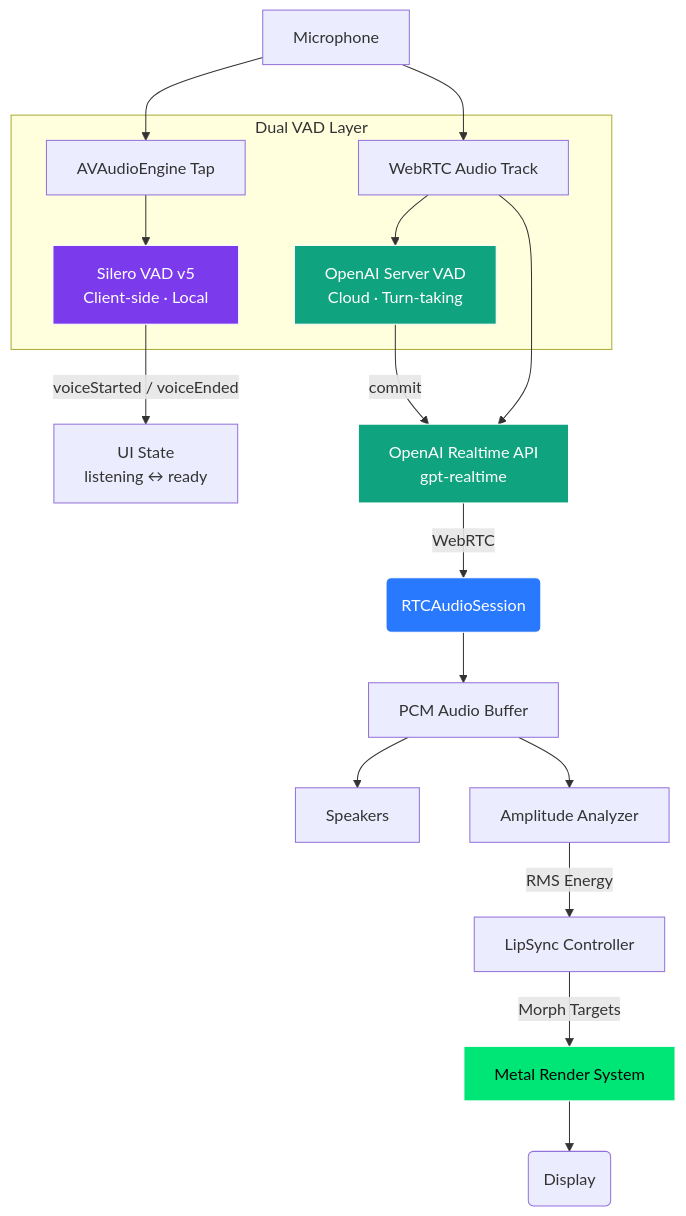
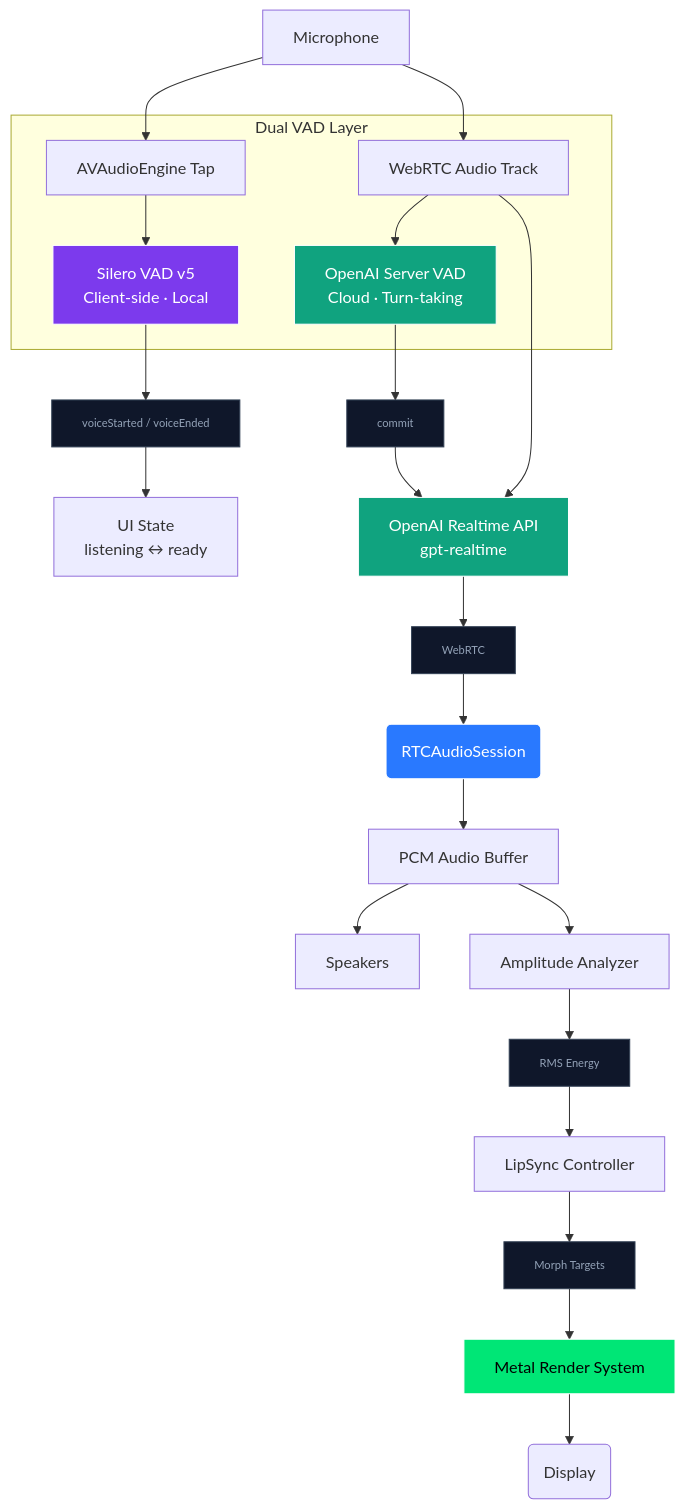
Before and after one commit to kevinliddel/NeuraLink: the first of 3 diagrams in README.md, drawn with Mermaid. The commit also changed other lines of this file and 9 other files, not shown here.

````diff
--- a/README.md
+++ b/README.md
@@ -53,30 +55,40 @@
 ```mermaid
 graph TD
     MIC[Microphone]
 
     MIC --> WebRTC[WebRTC Audio Track]
     MIC --> Tap[AVAudioEngine Tap]
 
     subgraph VAD [Dual VAD Layer]
         Tap --> Silero[Silero VAD v5\nClient-side · Local]
         WebRTC --> ServerVAD[OpenAI Server VAD\nCloud · Turn-taking]
     end
 
-    Silero -- "  voiceStarted / voiceEnded  " --> UIState[UI State\nlistening ↔ ready]
-    ServerVAD -- "  commit  " --> API
+    Silero --> VoiceEvent[voiceStarted / voiceEnded]
+    VoiceEvent --> UIState[UI State\nlistening ↔ ready]
+    ServerVAD --> Commit[commit]
+    Commit --> API
 
     WebRTC --> API[OpenAI Realtime API\ngpt-realtime]
-    API -- "  WebRTC  " --> RTC(RTCAudioSession)
+    API --> WebRTCLink[WebRTC]
+    WebRTCLink --> RTC(RTCAudioSession)
     RTC --> Buffer[PCM Audio Buffer]
     Buffer --> Output[Speakers]
     Buffer --> Analyzer[Amplitude Analyzer]
-    Analyzer -- "  RMS Energy  " --> Controller[LipSync Controller]
-    Controller -- "  Morph Targets  " --> Metal[Metal Render System]
+    Analyzer --> RMSEnergy[RMS Energy]
+    RMSEnergy --> Controller[LipSync Controller]
+    Controller --> MorphTargets[Morph Targets]
+    MorphTargets --> Metal[Metal Render System]
     Metal --> Screen(Display)
 
     style Silero fill:#7c3aed,stroke:#fff,color:#fff
     style ServerVAD fill:#10a37f,stroke:#fff,color:#fff
     style API fill:#10a37f,stroke:#fff,color:#fff
     style Metal fill:#00e676,stroke:#fff,color:#000
     style RTC fill:#2979ff,stroke:#fff,color:#fff
+    style VoiceEvent fill:#0f172a,stroke:#334155,color:#94a3b8,font-size:11px
+    style Commit fill:#0f172a,stroke:#334155,color:#94a3b8,font-size:11px
+    style WebRTCLink fill:#0f172a,stroke:#334155,color:#94a3b8,font-size:11px
+    style RMSEnergy fill:#0f172a,stroke:#334155,color:#94a3b8,font-size:11px
+    style MorphTargets fill:#0f172a,stroke:#334155,color:#94a3b8,font-size:11px
 ```
````
